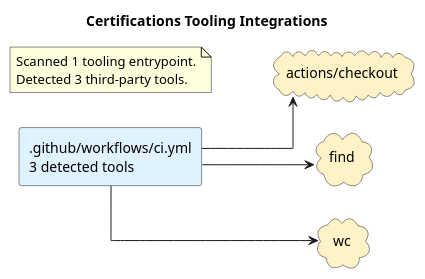
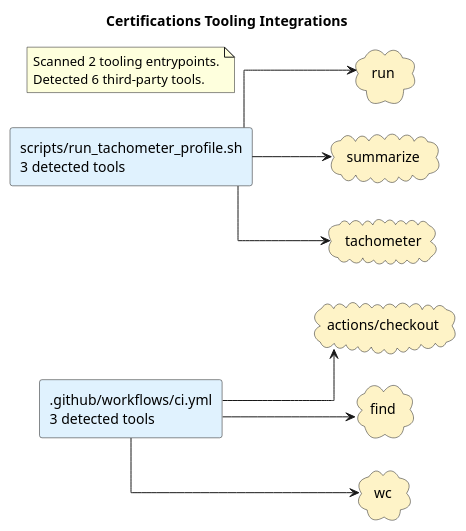
One commit to casonk/Certifications changed the diagram in docs/diagrams/tooling-integrations.puml. Above: the diagram before and after it, drawn with PlantUML. The commit also changed 5 other files, not shown here.

```diff
--- a/docs/diagrams/tooling-integrations.puml
+++ b/docs/diagrams/tooling-integrations.puml
@@ -1,19 +1,26 @@
 @startuml
 title Certifications Tooling Integrations
 left to right direction
 skinparam shadowing false
 skinparam defaultFontName Monospace
 skinparam componentStyle rectangle
 skinparam linetype ortho
 rectangle ".github/workflows/ci.yml\n3 detected tools" as source_github_workflows_ci_yml #E0F2FE
+rectangle "scripts/run_tachometer_profile.sh\n3 detected tools" as source_scripts_run_tachometer_profile_sh #E0F2FE
 cloud "actions/checkout" as tool_actions_checkout #FEF3C7
 cloud "find" as tool_find #FEF3C7
+cloud "run" as tool_run #FEF3C7
+cloud "summarize" as tool_summarize #FEF3C7
+cloud "tachometer" as tool_tachometer #FEF3C7
 cloud "wc" as tool_wc #FEF3C7
 source_github_workflows_ci_yml --> tool_actions_checkout
 source_github_workflows_ci_yml --> tool_find
 source_github_workflows_ci_yml --> tool_wc
+source_scripts_run_tachometer_profile_sh --> tool_run
+source_scripts_run_tachometer_profile_sh --> tool_summarize
+source_scripts_run_tachometer_profile_sh --> tool_tachometer
 note as toolingGraphSummary
-Scanned 1 tooling entrypoint.
-Detected 3 third-party tools.
+Scanned 2 tooling entrypoints.
+Detected 6 third-party tools.
 end note
 @enduml
```
